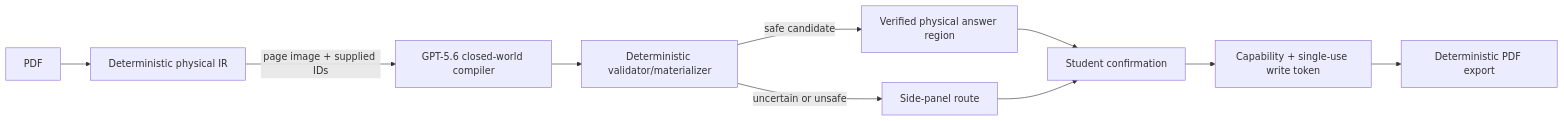
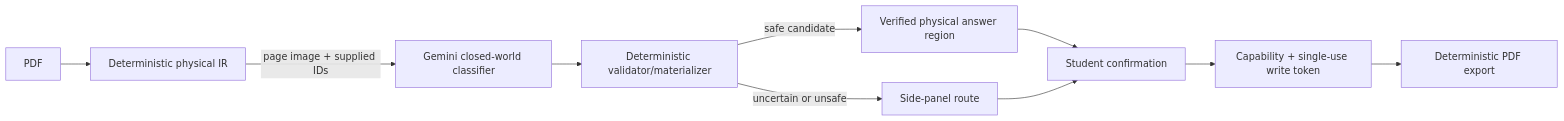
One commit to ChimdumebiNebolisa/Claros changed the second of 2 diagrams in docs/ARCHITECTURE.md. Above: the diagram before and after it, drawn with Mermaid. The commit also changed other lines of this file and 44 other files, not shown here.

````diff
--- a/docs/ARCHITECTURE.md
+++ b/docs/ARCHITECTURE.md
@@ -43,12 +43,12 @@
 ```mermaid
 flowchart LR
   PDF[PDF] --> PHY[Deterministic physical IR]
-  PHY -->|page image + supplied IDs| C[GPT-5.6 closed-world compiler]
+  PHY -->|page image + supplied IDs| C[Gemini closed-world classifier]
   C --> V[Deterministic validator/materializer]
   V -->|safe candidate| R[Verified physical answer region]
   V -->|uncertain or unsafe| SP[Side-panel route]
   R --> CONF[Student confirmation]
   SP --> CONF
   CONF --> TOK[Capability + single-use write token]
   TOK --> OUT[Deterministic PDF export]
 ```
````
